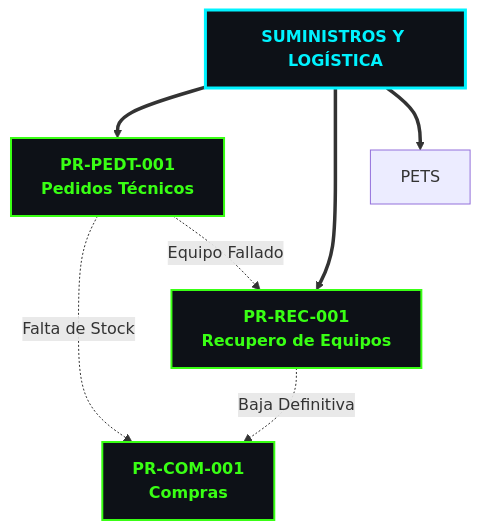
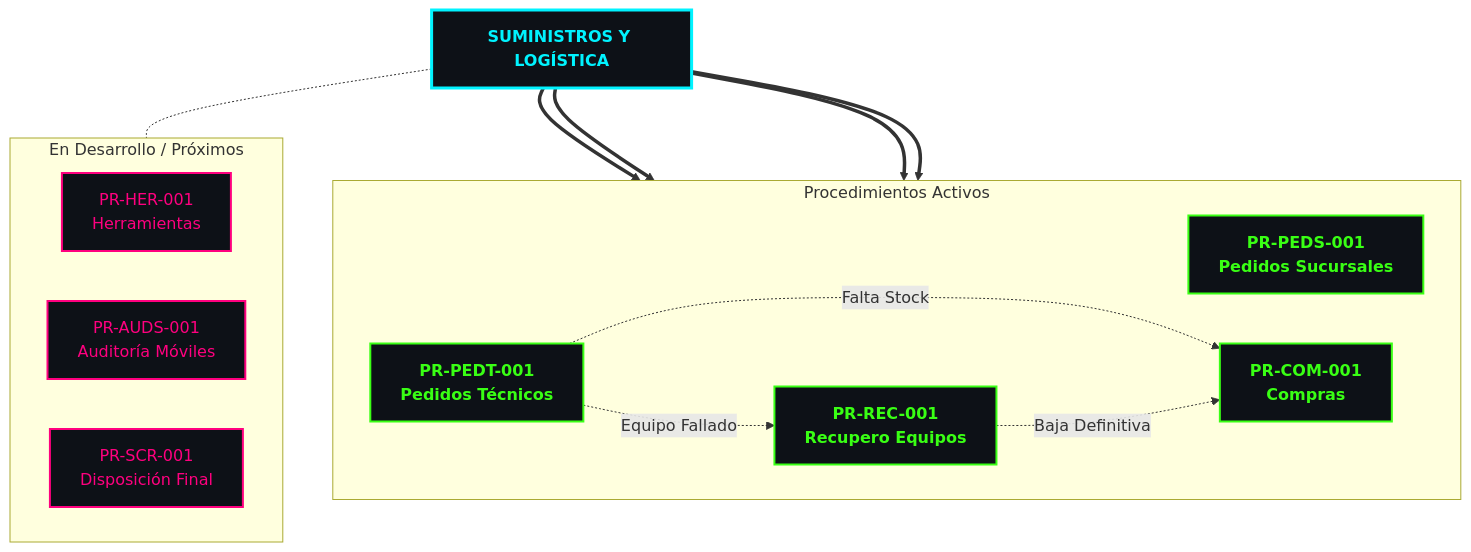
One commit to elingenierok/procedimientos-isp changed the diagram in docs/index.md. Above: the diagram before and after it, drawn with Mermaid. The commit also changed other lines of this file, not shown here.

Commit message:
Enhance documentation and update process descriptions
Updated the documentation to improve clarity and added details about operational areas.

```diff
--- a/docs/index.md
+++ b/docs/index.md
@@ -5,28 +5,48 @@
 <div class="mermaid">
 graph TD
+    %% Estilos Neón / Fondo Oscuro
     classDef area fill:#0d1117,stroke:#00f3ff,stroke-width:3px,color:#00f3ff,font-weight:bold;
-    classDef proceso fill:#0d1117,stroke:#39ff14,stroke-width:2px,color:#39ff14,font-weight:bold;
-    classDef aislado fill:#0d1117,stroke:#ff007f,stroke-width:2px,color:#ff007f;
+    classDef activo fill:#0d1117,stroke:#39ff14,stroke-width:2px,color:#39ff14,font-weight:bold;
+    classDef desarrollo fill:#0d1117,stroke:#ff007f,stroke-width:2px,color:#ff007f;
 
-    SL[SUMINISTROS Y LOGÍSTICA]:::area
+    %% Nivel 1: Área Principal
+    SL[<b>SUMINISTROS Y LOGÍSTICA</b>]:::area
 
-    PEDT[PR-PEDT-001<br>Pedidos Técnicos]:::proceso
-    REC[PR-REC-001<br>Recupero de Equipos]:::proceso
-    PEDT[PR-PEDT-001<br>Pedidos Técnicos]:::proceso
+    %% Nivel 2: Procedimientos VIGENTES (Alineación Horizontal)
+    subgraph VIGENTES ["Procedimientos Activos"]
+        direction LR
+        PEDS[PR-PEDS-001<br>Pedidos Sucursales]:::activo
+        PEDT[PR-PEDT-001<br>Pedidos Técnicos]:::activo
+        REC[PR-REC-001<br>Recupero Equipos]:::activo
+        COM[PR-COM-001<br>Compras]:::activo
+    end
 
-    COM[PR-COM-001<br>Compras]:::proceso
+    %% Nivel 3: Procedimientos EN DESARROLLO
+    subgraph FUTUROS ["En Desarrollo / Próximos"]
+        direction LR
+        HER[PR-HER-001<br>Herramientas]:::desarrollo
+        AUDS[PR-AUDS-001<br>Auditoría Móviles]:::desarrollo
+        SCR[PR-SCR-001<br>Disposición Final]:::desarrollo
+    end
 
+    %% Jerarquía Principal (Conexiones de Cabecera)
+    SL ==> PEDS
     SL ==> PEDT
     SL ==> REC
-    SL ==> PETS
+    SL ==> COM
+    SL -.- FUTUROS
 
-    PEDT -.->|Falta de Stock| COM
+    %% Interconexiones Operativas entre Procesos
+    PEDT -.->|Falta Stock| COM
     PEDT -.->|Equipo Fallado| REC
     REC -.->|Baja Definitiva| COM
-    
 
+    %% Hipervínculos a Archivos
+    click PEDS "suministros-logistica/PR-PEDS-001/"
     click PEDT "suministros-logistica/PR-PEDT-001/"
+    click REC "suministros-logistica/PR-REC-001/"
     click COM "suministros-logistica/PR-COM-001/"
-    click REC "suministros-logistica/PR-REC-001/"
-    click REC "suministros-logistica/PR-PETS-001/"
+    click HER "suministros-logistica/PR-HER-001/"
+    click AUDS "suministros-logistica/PR-AUDS-001/"
+    click SCR "suministros-logistica/PR-SCR-001/"
 </div>
```
